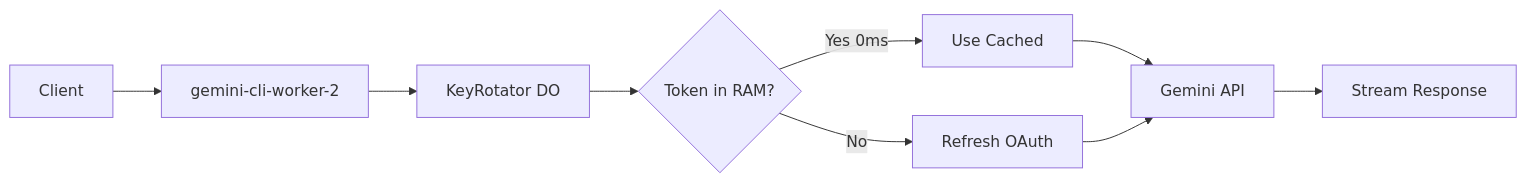
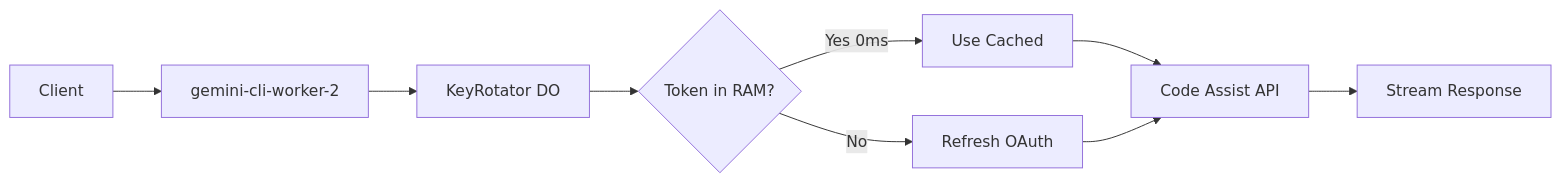
One commit to Rakesh-207/gemini-oauth-proxy changed the diagram in IMPLEMENTATION_PLAN.md. Above: the diagram before and after it, drawn with Mermaid. The commit also changed other lines of this file and 3 other files, not shown here.

Commit message:
fix(oauth): resolve token refresh and Code Assist API format issues

````diff
--- a/IMPLEMENTATION_PLAN.md
+++ b/IMPLEMENTATION_PLAN.md
@@ -10,11 +11,11 @@
 ```mermaid
 graph LR
     A[Client] --> B[gemini-cli-worker-2]
     B --> C[KeyRotator DO]
     C --> D{Token in RAM?}
     D -->|Yes 0ms| E[Use Cached]
     D -->|No| F[Refresh OAuth]
-    E --> G[Gemini API]
+    E --> G[Code Assist API]
     F --> G
     G --> H[Stream Response]
 ```
````
